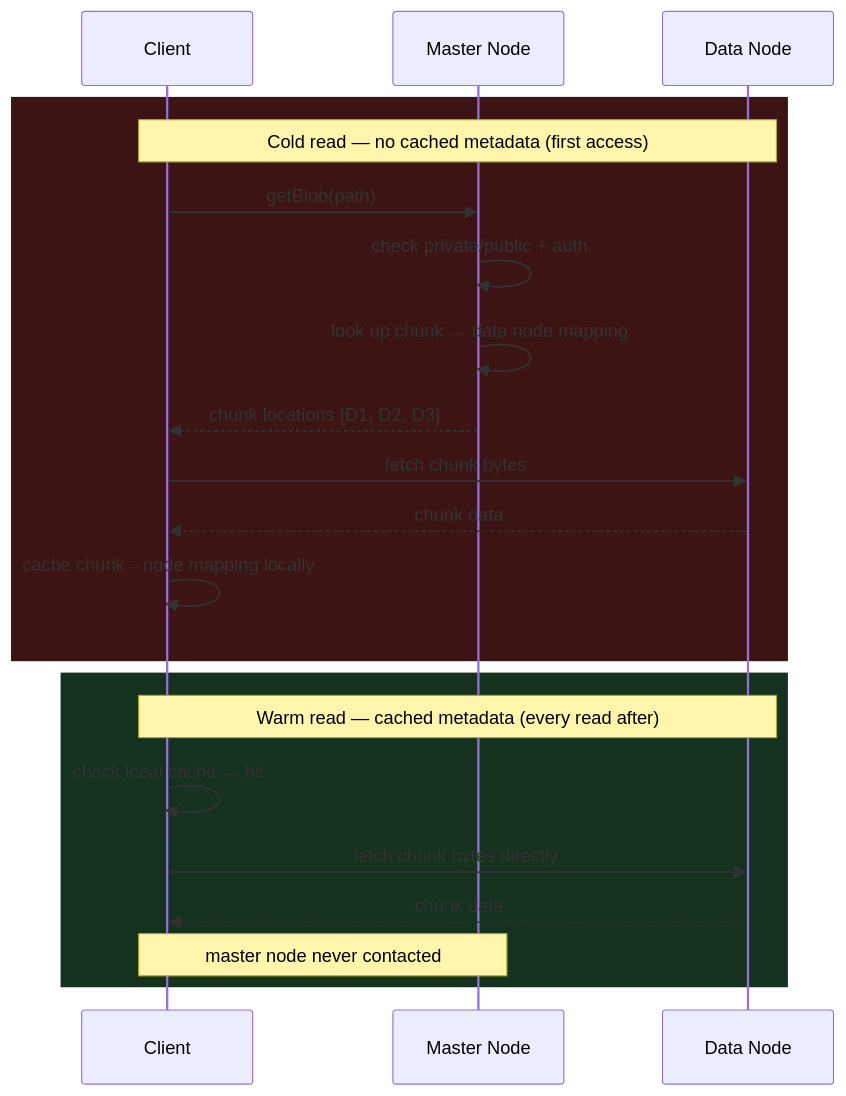
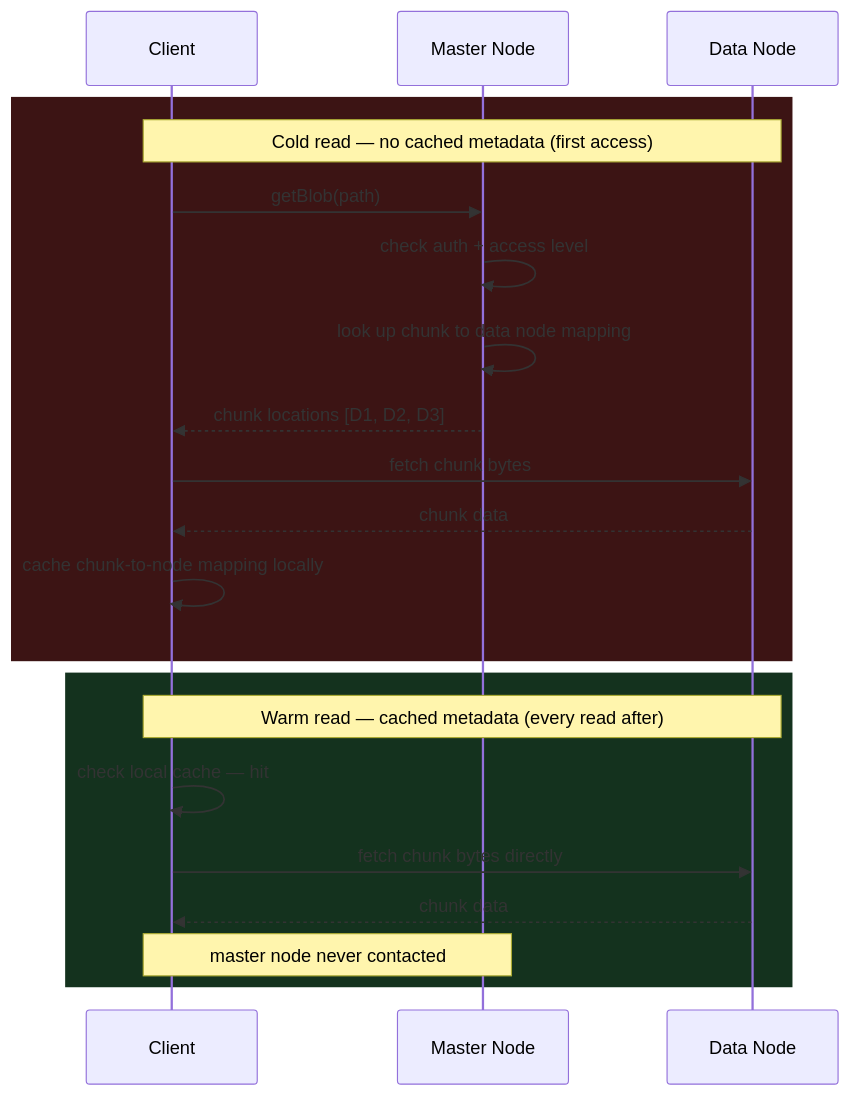
The eighth of 21 diagrams in system-design/HLD/0-course/20-Blob-Store-FAANG-Guide.md (riyaz-pasha/Learnings), drawn with Mermaid before and after one commit. The commit also changed other lines of this file and 1 other file, not shown here.

First line of the commit message:
improve readability and fix mermaid diagrams for Blob Store guides

````diff
--- a/system-design/HLD/0-course/20-Blob-Store-FAANG-Guide.md
+++ b/system-design/HLD/0-course/20-Blob-Store-FAANG-Guide.md
@@ -445,25 +412,25 @@
 ```mermaid
 sequenceDiagram
     participant C as Client
     participant M as Master Node
     participant D as Data Node
 
     rect rgb(60,20,20)
     Note over C,D: Cold read — no cached metadata (first access)
     C->>M: getBlob(path)
-    M->>M: check private/public + auth
-    M->>M: look up chunk → data node mapping
+    M->>M: check auth + access level
+    M->>M: look up chunk to data node mapping
     M-->>C: chunk locations [D1, D2, D3]
     C->>D: fetch chunk bytes
     D-->>C: chunk data
-    C->>C: cache chunk→node mapping locally
+    C->>C: cache chunk-to-node mapping locally
     end
 
     rect rgb(20,50,30)
     Note over C,D: Warm read — cached metadata (every read after)
-    C->>C: check local cache → hit
+    C->>C: check local cache — hit
     C->>D: fetch chunk bytes directly
     D-->>C: chunk data
     Note over C,M: master node never contacted
     end
 ```
````
